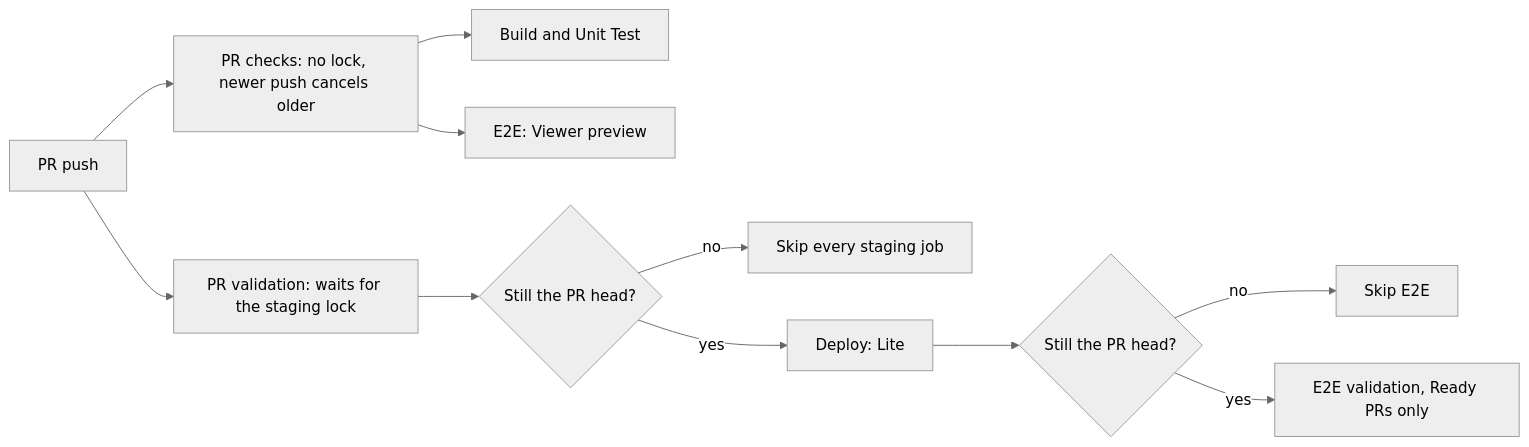
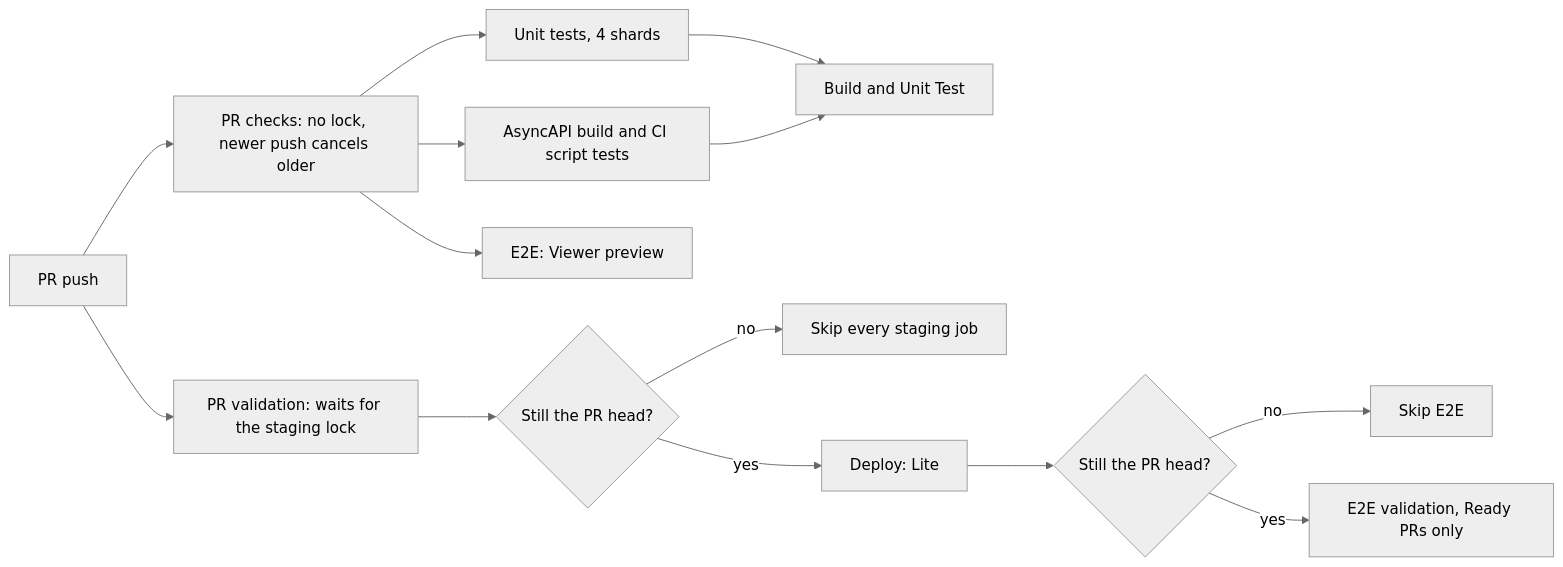
One commit to ZenUml/conf-app changed the first of 2 diagrams in docs/ops/pipeline-graphs.md. Above: the diagram before and after it, drawn with Mermaid (neutral theme). The commit also changed 3 other files, not shown here.

First line of the commit message:
ci(pr): split PR unit tests into four shards

````diff
--- a/docs/ops/pipeline-graphs.md
+++ b/docs/ops/pipeline-graphs.md
@@ -7,13 +7,16 @@
 ```mermaid
 flowchart LR
   Push[PR push] --> C[PR checks: no lock, newer push cancels older]
   Push --> Q[PR validation: waits for the staging lock]
-  C --> U[Build and Unit Test]
+  C --> U1[Unit tests, 4 shards]
+  C --> A[AsyncAPI build and CI script tests]
+  U1 --> U[Build and Unit Test]
+  A --> U
   C --> P[E2E: Viewer preview]
   Q --> G{Still the PR head?}
   G -- no --> S[Skip every staging job]
   G -- yes --> D[Deploy: Lite]
   D --> H{Still the PR head?}
   H -- no --> X[Skip E2E]
   H -- yes --> E[E2E validation, Ready PRs only]
 ```
````
